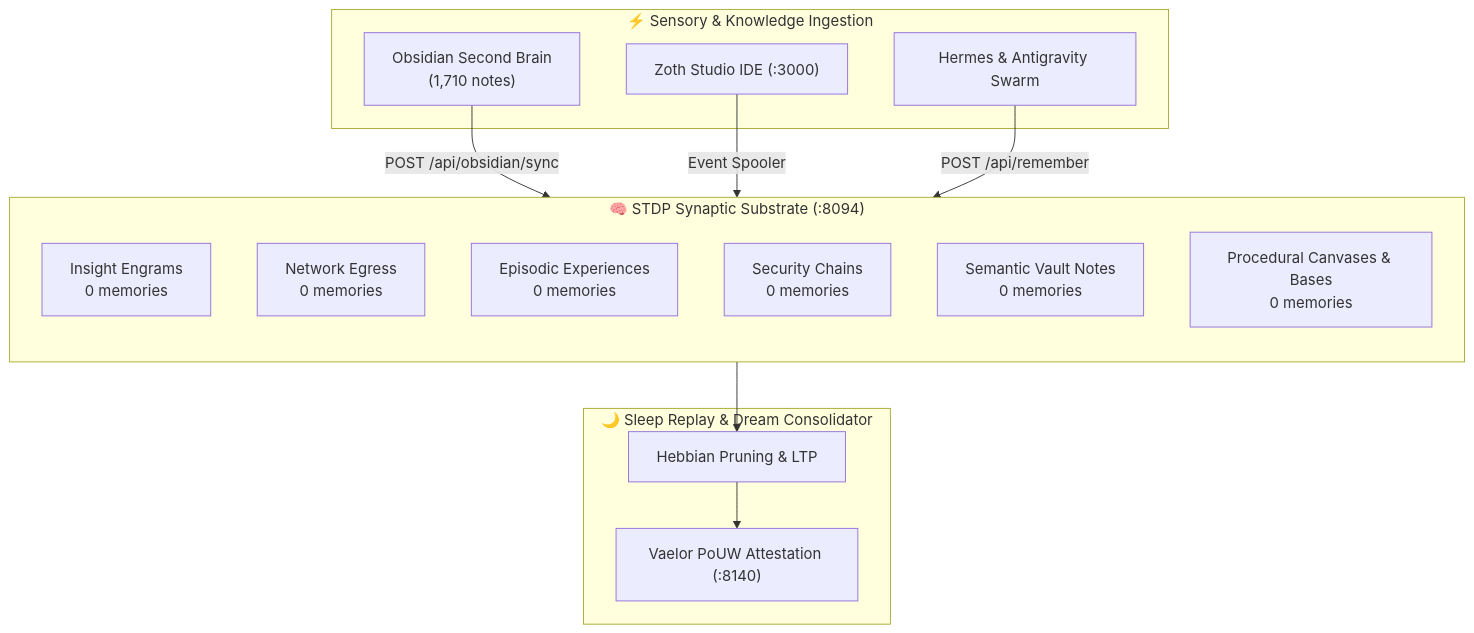
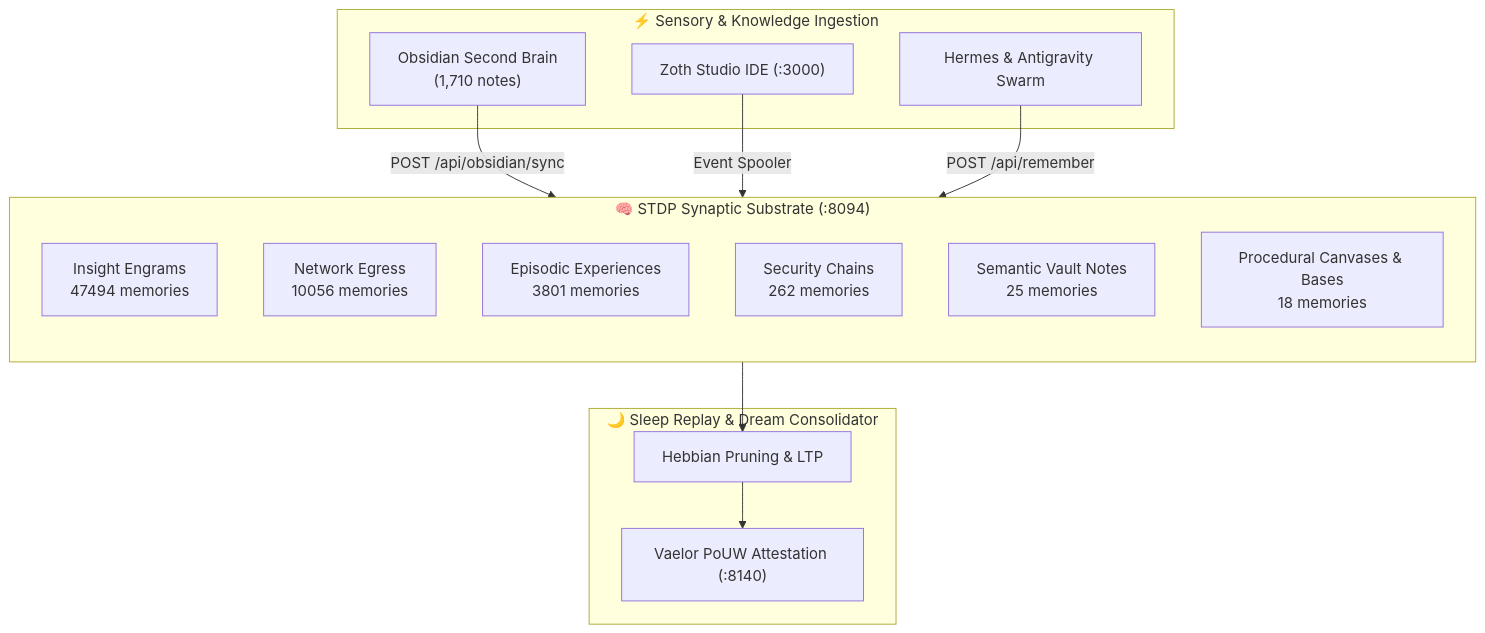
Before and after one commit to 1nc0gn30/zoth-os: the diagram in config/includes.chroot/etc/skel/Documents/Obsidian Vault/05-Telemetry/Neuro-Memory Cortex Telemetry.md, drawn with Mermaid. The commit also changed other lines of this file and 153 other files, not shown here.

````diff
--- a/config/includes.chroot/etc/skel/Documents/Obsidian Vault/05-Telemetry/Neuro-Memory Cortex Telemetry.md
+++ b/config/includes.chroot/etc/skel/Documents/Obsidian Vault/05-Telemetry/Neuro-Memory Cortex Telemetry.md
@@ -27,29 +27,29 @@
 ```mermaid
 flowchart TD
     subgraph IngestionSensory["⚡ Sensory & Knowledge Ingestion"]
         Obsidian["Obsidian Second Brain<br/>(1,710 notes)"]
         Studio["Zoth Studio IDE (:3000)"]
         Agents["Hermes & Antigravity Swarm"]
     end
     
     subgraph BiologicalCortex["🧠 STDP Synaptic Substrate (:8094)"]
         direction TB
-        Insight["Insight Engrams<br/>0 memories"]
-        Egress["Network Egress<br/>0 memories"]
-        Episodic["Episodic Experiences<br/>0 memories"]
-        Security["Security Chains<br/>0 memories"]
-        Semantic["Semantic Vault Notes<br/>0 memories"]
-        Procedural["Procedural Canvases & Bases<br/>0 memories"]
+        Insight["Insight Engrams<br/>47494 memories"]
+        Egress["Network Egress<br/>10056 memories"]
+        Episodic["Episodic Experiences<br/>3801 memories"]
+        Security["Security Chains<br/>262 memories"]
+        Semantic["Semantic Vault Notes<br/>25 memories"]
+        Procedural["Procedural Canvases & Bases<br/>18 memories"]
     end
     
     subgraph MetacognitionDream["🌙 Sleep Replay & Dream Consolidator"]
         Consolidator["Hebbian Pruning & LTP"]
         Lattice["Vaelor PoUW Attestation (:8140)"]
     end
     
     Obsidian -->|POST /api/obsidian/sync| BiologicalCortex
     Studio -->|Event Spooler| BiologicalCortex
     Agents -->|POST /api/remember| BiologicalCortex
     BiologicalCortex --> Consolidator
     Consolidator --> Lattice
 ```
````
